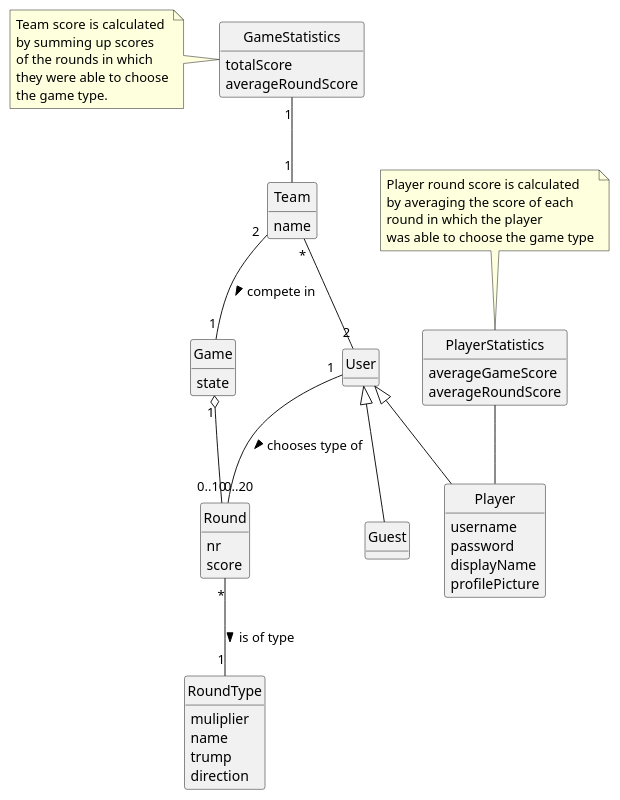
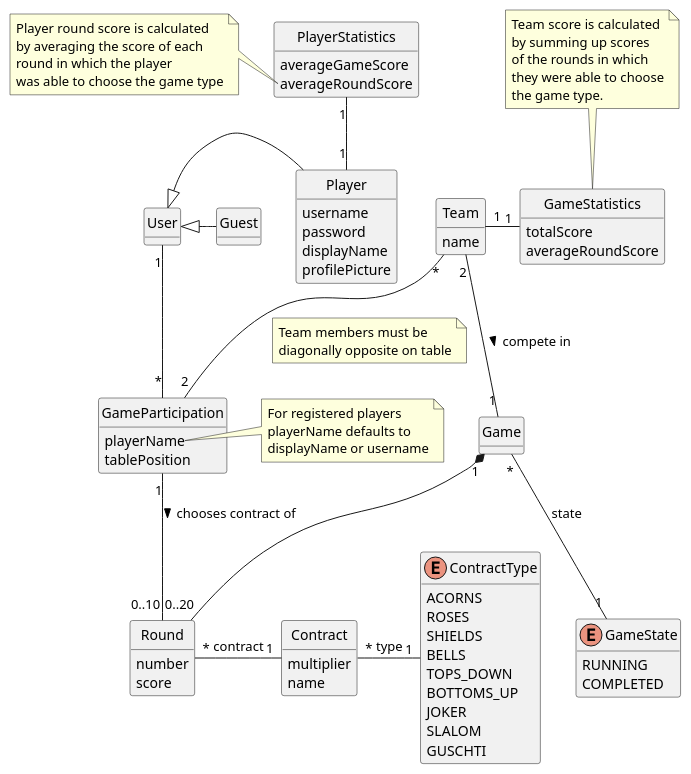
One commit to PascalHonegger/JassTracker changed the diagram in Documentation/src/resources/domain-model.puml. Above: the diagram before and after it, drawn with PlantUML.

Commit message:
feat(domain model): refine model of game

```diff
--- a/Documentation/src/resources/domain-model.puml
+++ b/Documentation/src/resources/domain-model.puml
@@ -1,71 +1,102 @@
 @startuml domain model
 
-hide circle
+hide class circle
 hide empty methods
 
-class User{
-
+class User {
 }
 
-class Game{
-    state
+class Game {
 }
 
-class GameStatistics{
+class GameStatistics {
     totalScore
     averageRoundScore
 }
 
-class Player{
-    username
-    password
-    displayName
-    profilePicture
-}
-
-class PlayerStatistics{
-    averageGameScore
-    averageRoundScore
-}
-
-class Round{
-    nr
-    score
-}
-
-class RoundType {
-    muliplier
-    name
-    trump
-    direction
-}
-
-class Team{
-    name
-}
-
-note left of GameStatistics
+note top
     Team score is calculated
     by summing up scores
     of the rounds in which
     they were able to choose
     the game type.
 end note
 
-note top of PlayerStatistics
+class Player {
+    username
+    password
+    displayName
+    profilePicture
+}
+
+class PlayerStatistics {
+    averageGameScore
+    averageRoundScore
+}
+
+note left of PlayerStatistics::averageRoundScore
     Player round score is calculated
     by averaging the score of each
     round in which the player
     was able to choose the game type
 end note
 
-User <|-- Player
-User <|-- Guest
-User "1" -- "0..10" Round : chooses type of >
-Team "*" -- "2" User
-Team "2" -- "1" Game : compete in >
-Game "1" o-- "0..20" Round
-Round "*" -- "1" RoundType : is of type >
-GameStatistics "1" -- "1" Team
-PlayerStatistics -- Player
+class GameParticipation {
+    playerName
+    tablePosition
+}
+
+note right of GameParticipation::playerName
+    For registered players
+    playerName defaults to
+    displayName or username
+end note
+
+class Round {
+    number
+    score
+}
+
+class Contract {
+    multiplier
+    name
+}
+
+class Team {
+    name
+}
+
+enum GameState {
+    RUNNING
+    COMPLETED
+}
+
+enum ContractType {
+    ACORNS
+    ROSES
+    SHIELDS
+    BELLS
+    TOPS_DOWN
+    BOTTOMS_UP
+    JOKER
+    SLALOM
+    GUSCHTI
+}
+
+User <|--r Player
+User <|--r Guest
+User "1" -- "*" GameParticipation
+GameParticipation "1" -- "0..10" Round : chooses contract of >
+Team "*" -- "2" GameParticipation
+note on link
+    Team members must be
+    diagonally opposite on table
+end note
+Team "2" --  "1" Game : compete in >
+Game "1" *-- "0..20" Round
+Game "*" -- "1" GameState : state
+Round "*" --r "1" Contract : contract
+Team "1" --r  "1" GameStatistics
+PlayerStatistics "1" -- "1" Player
+Contract "*" --r "1" ContractType : type
 @enduml
```
